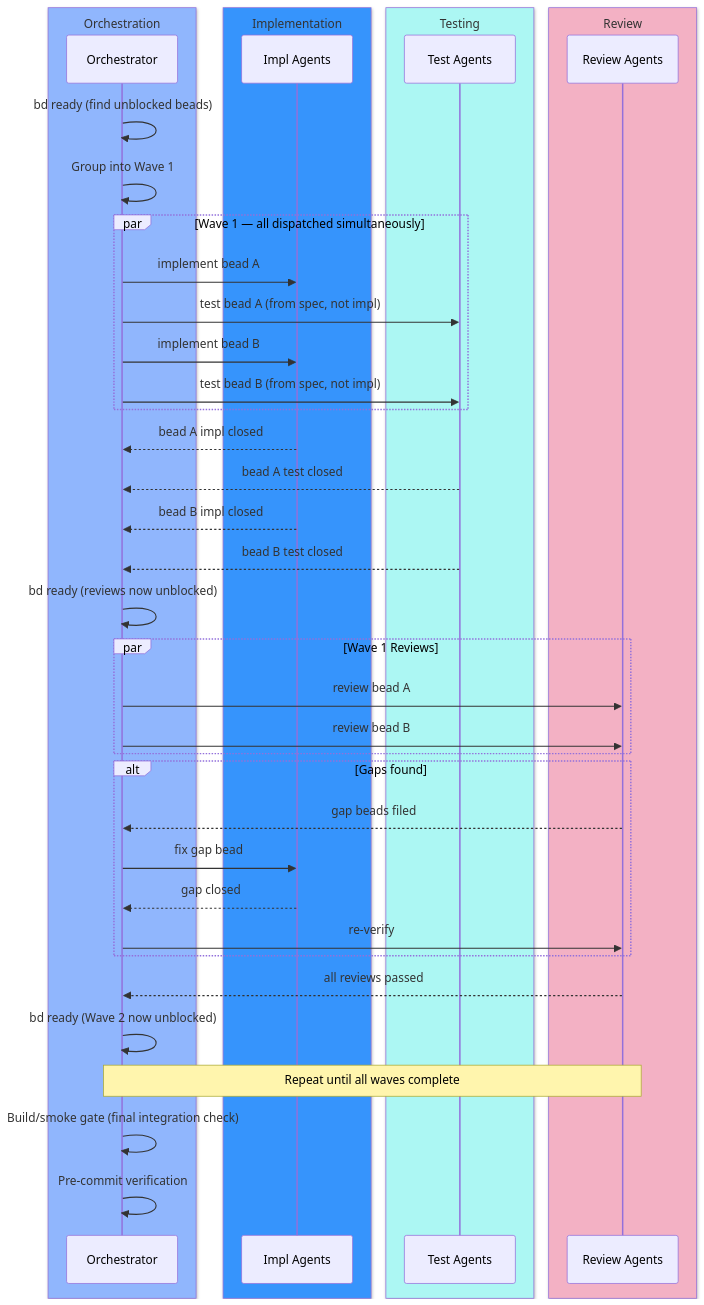
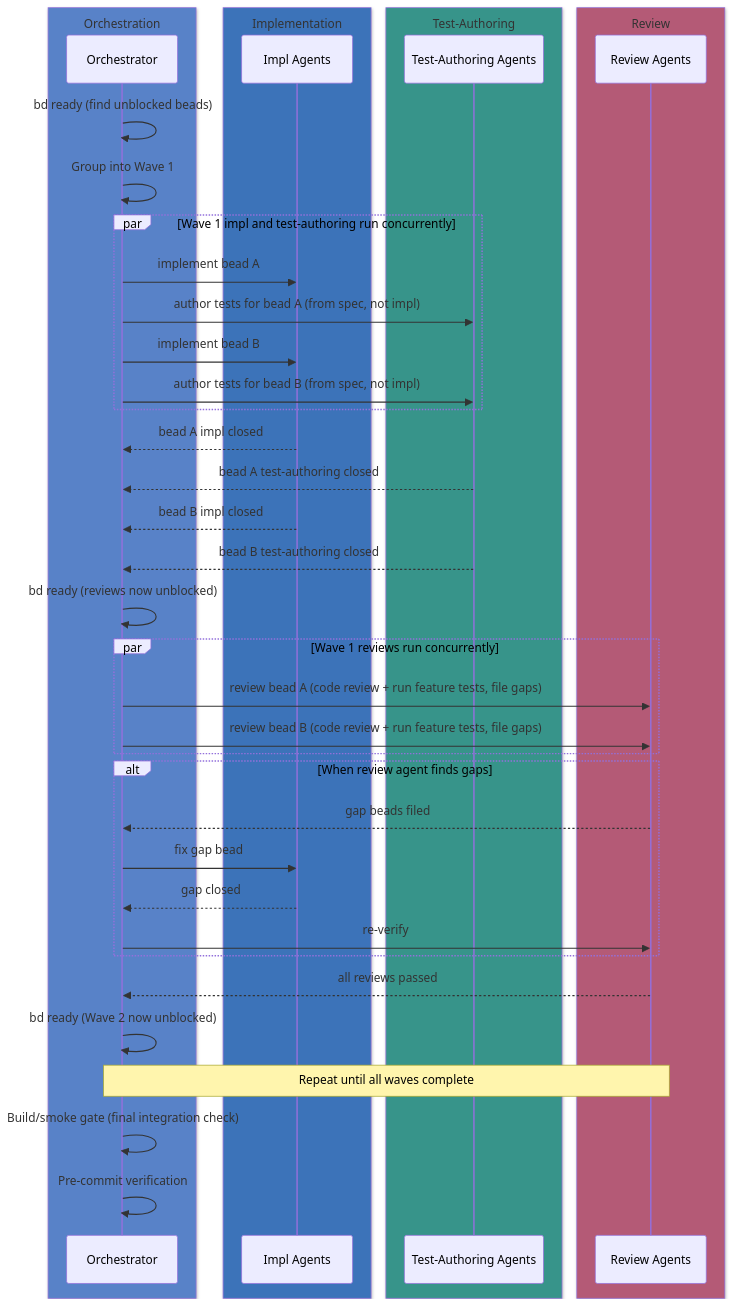
Before and after one commit to Sand2Silicon/sand2silicon-agentic-skills: the fourth of 5 diagrams in plugins/sdd-workflow/README.md, drawn with Mermaid. The commit also changed other lines of this file, not shown here.

````diff
--- a/plugins/sdd-workflow/README.md
+++ b/plugins/sdd-workflow/README.md
@@ -183,52 +217,52 @@
 ```mermaid
 sequenceDiagram
-    box rgb(144, 182, 253) Orchestration
+    box rgb(88, 130, 200) Orchestration
         participant O as Orchestrator
     end
-    box rgb(54, 148, 252) Implementation
+    box rgb(60, 115, 185) Implementation
         participant IA as Impl Agents
     end
-    box rgb(172, 247, 243) Testing
-        participant TA as Test Agents
+    box rgb(55, 148, 138) Test-Authoring
+        participant TA as Test-Authoring Agents
     end
-    box rgb(243, 177, 196) Review
+    box rgb(180, 90, 118) Review
         participant RA as Review Agents
     end
 
     O->>O: bd ready (find unblocked beads)
     O->>O: Group into Wave 1
 
-    par Wave 1 — all dispatched simultaneously
+    par Wave 1 impl and test-authoring run concurrently
         O->>IA: implement bead A
-        O->>TA: test bead A (from spec, not impl)
+        O->>TA: author tests for bead A (from spec, not impl)
         O->>IA: implement bead B
-        O->>TA: test bead B (from spec, not impl)
+        O->>TA: author tests for bead B (from spec, not impl)
     end
 
     IA-->>O: bead A impl closed
-    TA-->>O: bead A test closed
+    TA-->>O: bead A test-authoring closed
     IA-->>O: bead B impl closed
-    TA-->>O: bead B test closed
+    TA-->>O: bead B test-authoring closed
 
     O->>O: bd ready (reviews now unblocked)
 
-    par Wave 1 Reviews
-        O->>RA: review bead A
-        O->>RA: review bead B
+    par Wave 1 reviews run concurrently
+        O->>RA: review bead A (code review + run feature tests, file gaps)
+        O->>RA: review bead B (code review + run feature tests, file gaps)
     end
 
-    alt Gaps found
+    alt When review agent finds gaps
         RA-->>O: gap beads filed
         O->>IA: fix gap bead
         IA-->>O: gap closed
         O->>RA: re-verify
     end
 
     RA-->>O: all reviews passed
 
     O->>O: bd ready (Wave 2 now unblocked)
     Note over O,RA: Repeat until all waves complete
 
     O->>O: Build/smoke gate (final integration check)
     O->>O: Pre-commit verification
 ```
````
